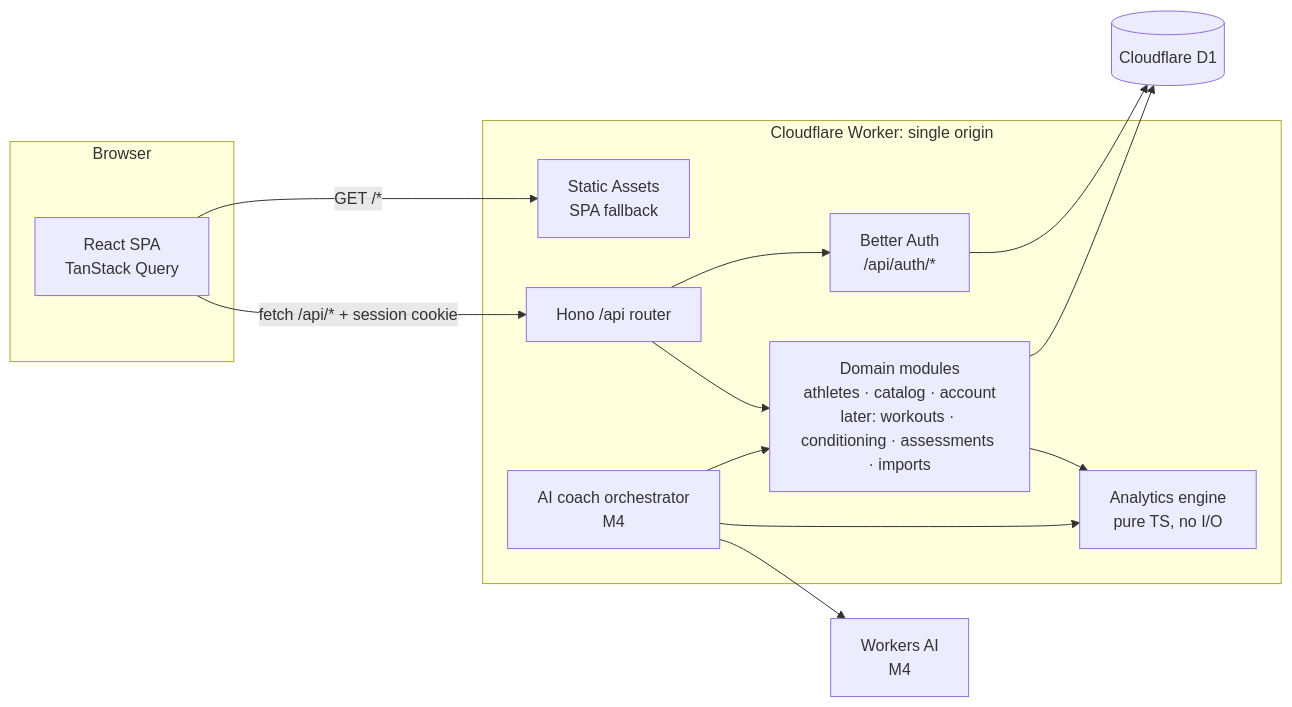
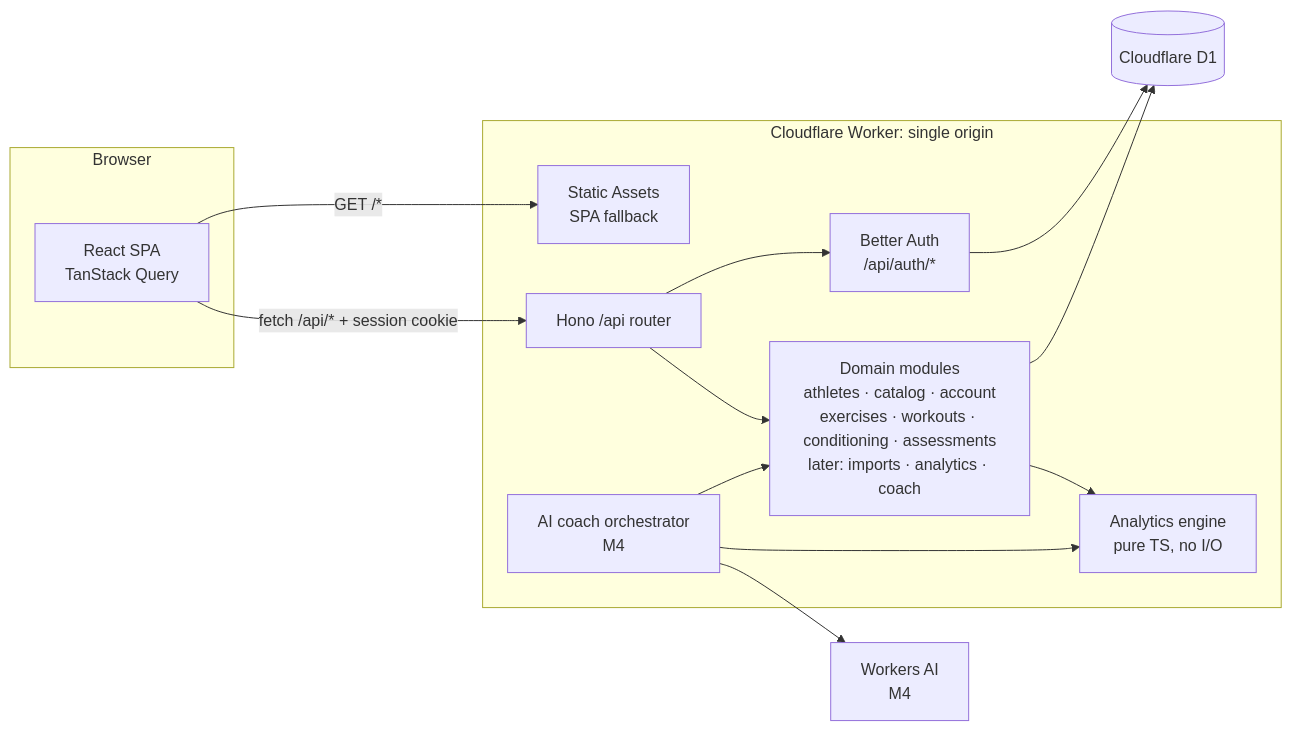
Before and after one commit to bdyiga/plyntiq_fitness: the diagram in docs/architecture.md, drawn with Mermaid. The commit also changed other lines of this file and 10 other files, not shown here.

````diff
--- a/docs/architecture.md
+++ b/docs/architecture.md
@@ -5,27 +5,27 @@
 ```mermaid
 flowchart LR
   subgraph Browser
     SPA[React SPA<br/>TanStack Query]
   end
   subgraph CF[Cloudflare Worker: single origin]
     Assets[Static Assets<br/>SPA fallback]
     Hono[Hono /api router]
     Auth[Better Auth<br/>/api/auth/*]
-    Mods[Domain modules<br/>athletes · catalog · account<br/>later: workouts · conditioning · assessments · imports]
+    Mods[Domain modules<br/>athletes · catalog · account<br/>exercises · workouts · conditioning · assessments<br/>later: imports · analytics · coach]
     Analytics[Analytics engine<br/>pure TS, no I/O]
     Coach[AI coach orchestrator<br/>M4]
   end
   D1[(Cloudflare D1)]
   WAI[Workers AI<br/>M4]
 
   SPA -- "GET /*" --> Assets
   SPA -- "fetch /api/* + session cookie" --> Hono
   Hono --> Auth
   Hono --> Mods
   Mods --> D1
   Auth --> D1
   Mods --> Analytics
   Coach --> Mods
   Coach --> Analytics
   Coach --> WAI
 ```
````
